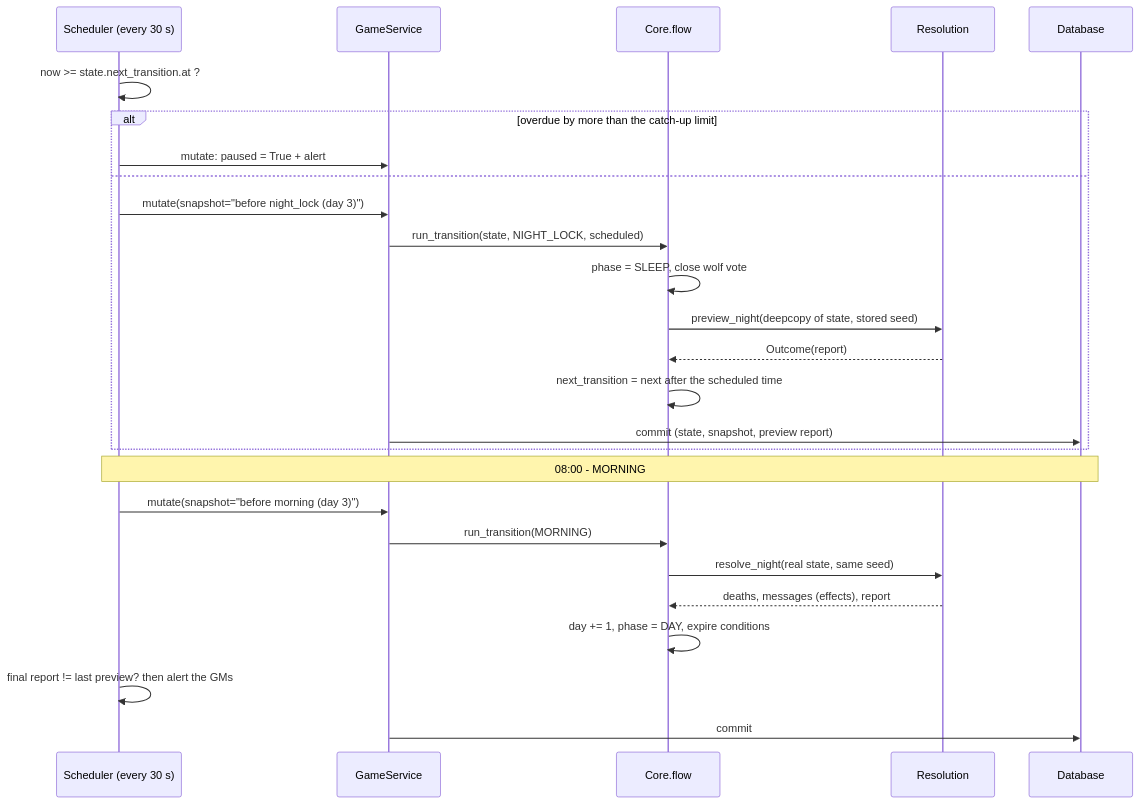
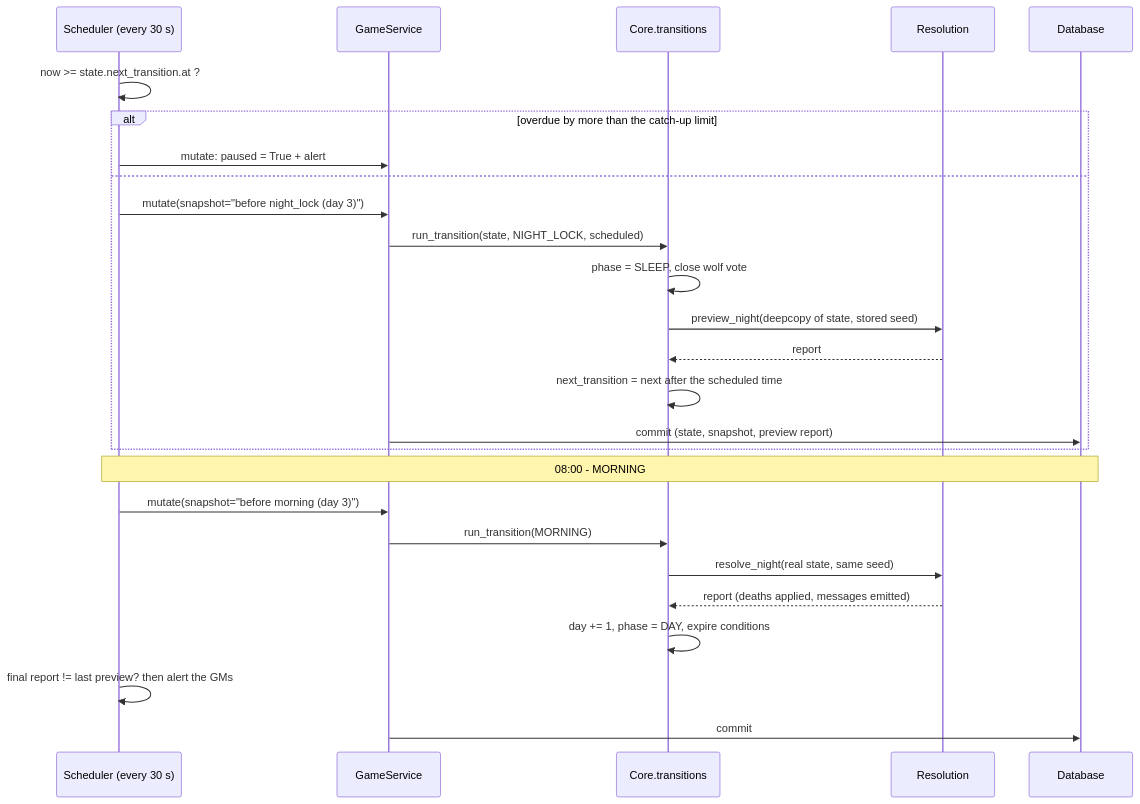
One commit to Mad-Scientist-Guild/Werewolves-bot changed the fifth of 6 diagrams in Docs/Developer guide - architecture and data.md. Above: the diagram before and after it, drawn with Mermaid. The commit also changed other lines of this file and 87 other files, not shown here.

````diff
--- a/Docs/Developer guide - architecture and data.md
+++ b/Docs/Developer guide - architecture and data.md
@@ -324,28 +324,28 @@
 ```mermaid
 sequenceDiagram
     participant S as Scheduler (every 30 s)
     participant GS as GameService
-    participant FL as Core.flow
+    participant FL as Core.transitions
     participant RE as Resolution
     participant DB as Database
     S->>S: now >= state.next_transition.at ?
     alt overdue by more than the catch-up limit
         S->>GS: mutate: paused = True + alert
     else
         S->>GS: mutate(snapshot="before night_lock (day 3)")
         GS->>FL: run_transition(state, NIGHT_LOCK, scheduled)
         FL->>FL: phase = SLEEP, close wolf vote
         FL->>RE: preview_night(deepcopy of state, stored seed)
-        RE-->>FL: Outcome(report)
+        RE-->>FL: report
         FL->>FL: next_transition = next after the scheduled time
         GS->>DB: commit (state, snapshot, preview report)
     end
     Note over S,DB: 08:00 - MORNING
     S->>GS: mutate(snapshot="before morning (day 3)")
     GS->>FL: run_transition(MORNING)
     FL->>RE: resolve_night(real state, same seed)
-    RE-->>FL: deaths, messages (effects), report
+    RE-->>FL: report (deaths applied, messages emitted)
     FL->>FL: day += 1, phase = DAY, expire conditions
     S->>S: final report != last preview? then alert the GMs
     GS->>DB: commit
 ```
````
